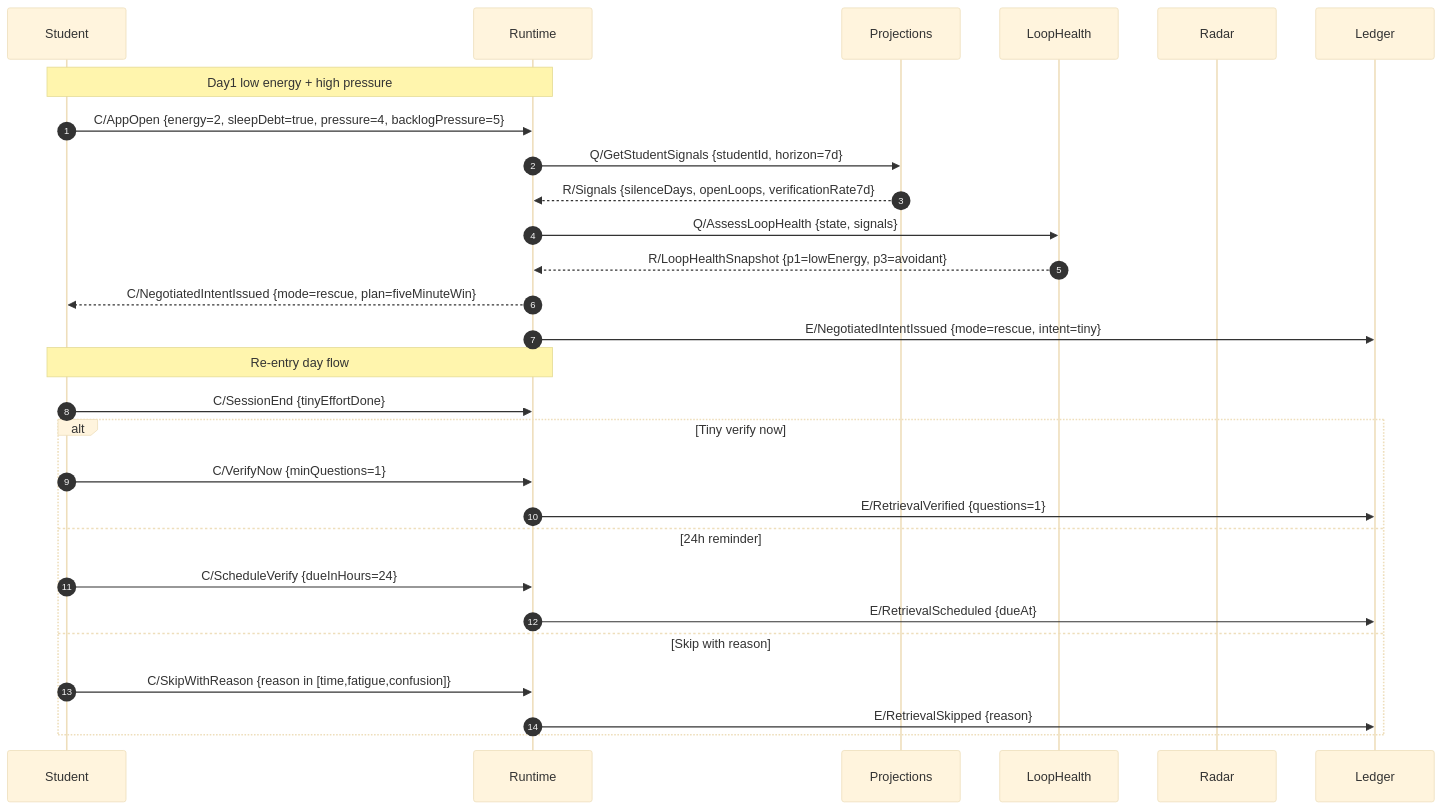
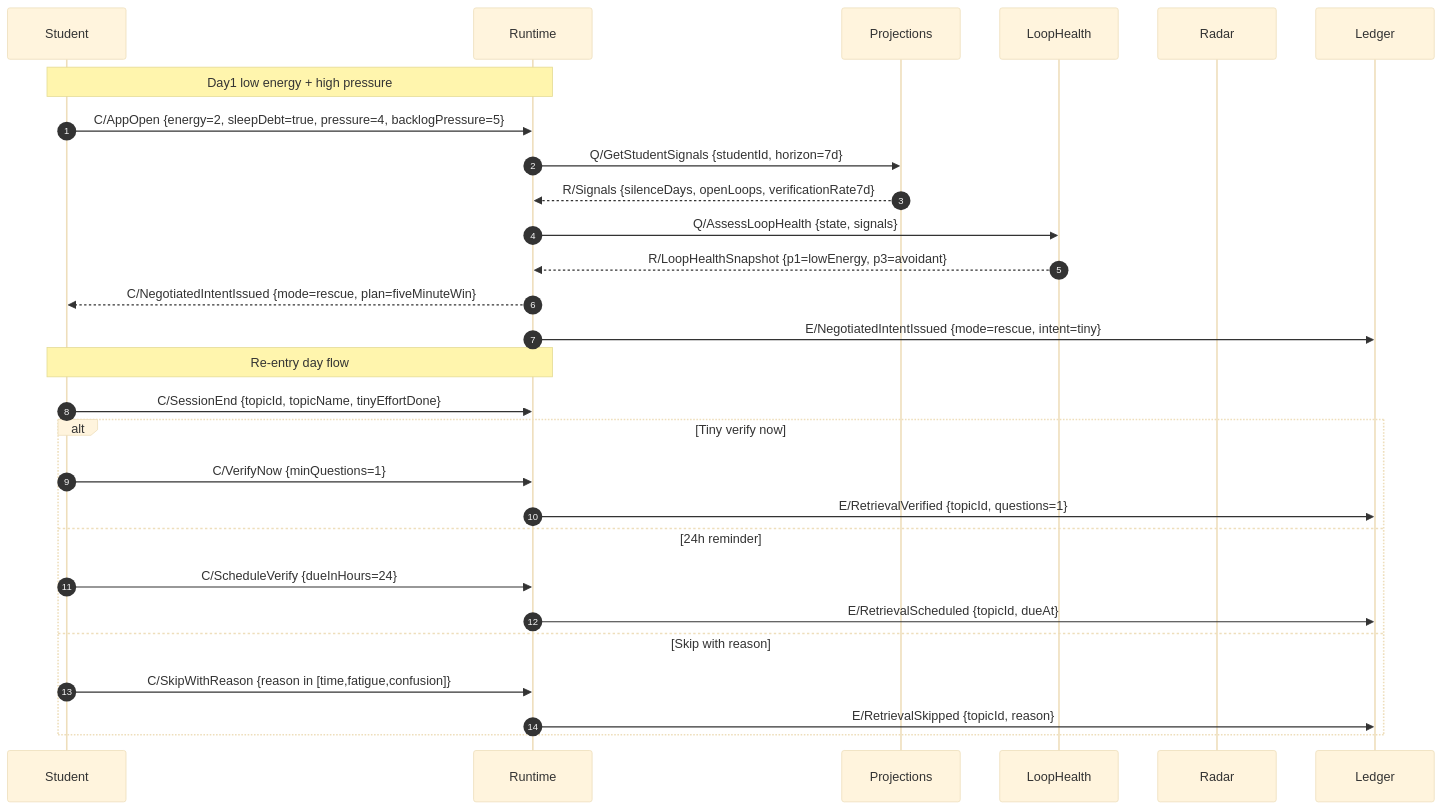
The third of 4 diagrams in docs/engineering-ddd-design/05-domain-message-flows-storyboards.md (Mukul1312/ELI), drawn with Mermaid (base theme) before and after one commit. The commit also changed other lines of this file and 38 other files, not shown here.

````diff
--- a/docs/engineering-ddd-design/05-domain-message-flows-storyboards.md
+++ b/docs/engineering-ddd-design/05-domain-message-flows-storyboards.md
@@ -86,32 +138,32 @@
 ```mermaid
 sequenceDiagram
     autonumber
     participant Student
     participant Runtime
     participant Projections
     participant LoopHealth
     participant Radar
     participant Ledger
 
     Note over Student,Runtime: Day1 low energy + high pressure
     Student->>Runtime: C/AppOpen {energy=2, sleepDebt=true, pressure=4, backlogPressure=5}
     Runtime->>Projections: Q/GetStudentSignals {studentId, horizon=7d}
     Projections-->>Runtime: R/Signals {silenceDays, openLoops, verificationRate7d}
     Runtime->>LoopHealth: Q/AssessLoopHealth {state, signals}
     LoopHealth-->>Runtime: R/LoopHealthSnapshot {p1=lowEnergy, p3=avoidant}
     Runtime-->>Student: C/NegotiatedIntentIssued {mode=rescue, plan=fiveMinuteWin}
     Runtime->>Ledger: E/NegotiatedIntentIssued {mode=rescue, intent=tiny}
 
     Note over Student,Runtime: Re-entry day flow
-    Student->>Runtime: C/SessionEnd {tinyEffortDone}
+    Student->>Runtime: C/SessionEnd {topicId, topicName, tinyEffortDone}
     alt Tiny verify now
         Student->>Runtime: C/VerifyNow {minQuestions=1}
-        Runtime->>Ledger: E/RetrievalVerified {questions=1}
+        Runtime->>Ledger: E/RetrievalVerified {topicId, questions=1}
     else 24h reminder
         Student->>Runtime: C/ScheduleVerify {dueInHours=24}
-        Runtime->>Ledger: E/RetrievalScheduled {dueAt}
+        Runtime->>Ledger: E/RetrievalScheduled {topicId, dueAt}
     else Skip with reason
         Student->>Runtime: C/SkipWithReason {reason in [time,fatigue,confusion]}
-        Runtime->>Ledger: E/RetrievalSkipped {reason}
+        Runtime->>Ledger: E/RetrievalSkipped {topicId, reason}
     end
 ```
````
